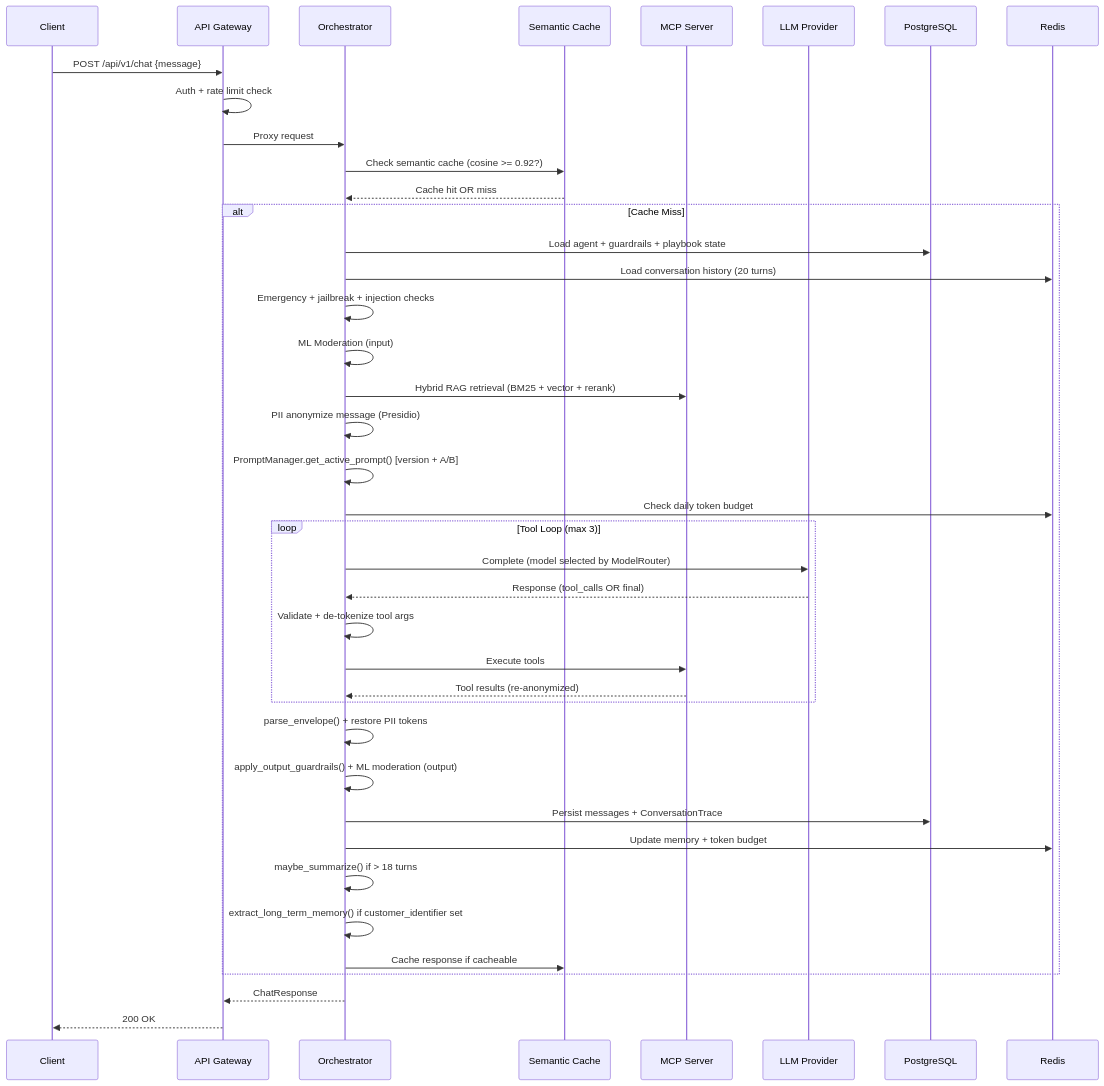
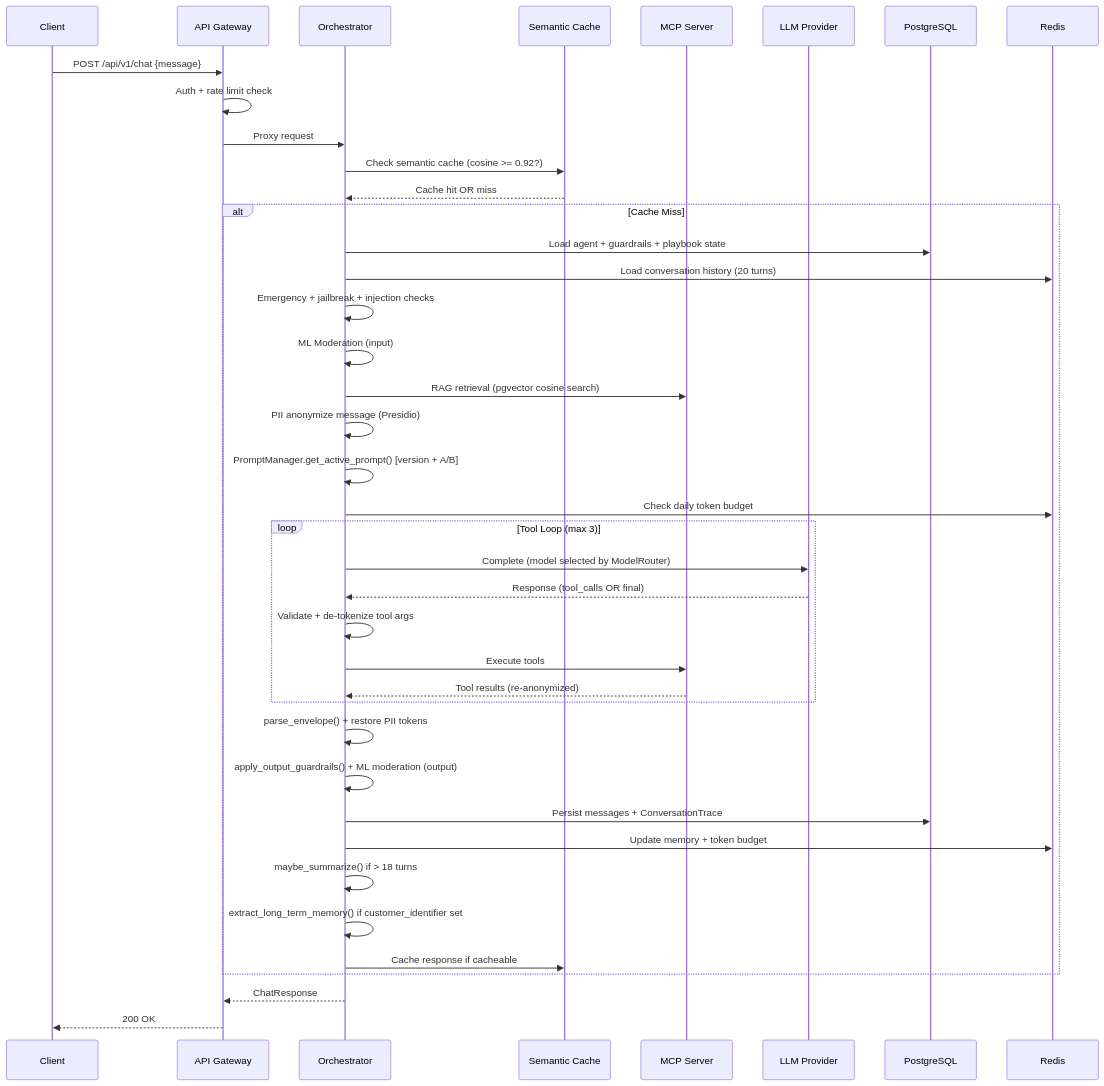
The third of 6 diagrams in docs/architecture.md (brahdian/AscenAI2), drawn with Mermaid before and after one commit. The commit also changed other lines of this file and 133 other files, not shown here.

Commit message:
Refactor PII to Natural Pseudo-Values, fix streaming de-redaction, and finalize billing monetization flow (clean commit)

````diff
--- a/docs/architecture.md
+++ b/docs/architecture.md
@@ -145,48 +143,48 @@
 ```mermaid
 sequenceDiagram
   participant C as Client
   participant GW as API Gateway
   participant OR as Orchestrator
   participant SC as Semantic Cache
   participant MCP as MCP Server
   participant LLM as LLM Provider
   participant DB as PostgreSQL
   participant RD as Redis
 
   C->>GW: POST /api/v1/chat {message}
   GW->>GW: Auth + rate limit check
   GW->>OR: Proxy request
 
   OR->>SC: Check semantic cache (cosine >= 0.92?)
   SC-->>OR: Cache hit OR miss
 
   alt Cache Miss
     OR->>DB: Load agent + guardrails + playbook state
     OR->>RD: Load conversation history (20 turns)
     OR->>OR: Emergency + jailbreak + injection checks
     OR->>OR: ML Moderation (input)
-    OR->>MCP: Hybrid RAG retrieval (BM25 + vector + rerank)
+    OR->>MCP: RAG retrieval (pgvector cosine search)
     OR->>OR: PII anonymize message (Presidio)
     OR->>OR: PromptManager.get_active_prompt() [version + A/B]
     OR->>RD: Check daily token budget
 
     loop Tool Loop (max 3)
       OR->>LLM: Complete (model selected by ModelRouter)
       LLM-->>OR: Response (tool_calls OR final)
       OR->>OR: Validate + de-tokenize tool args
       OR->>MCP: Execute tools
       MCP-->>OR: Tool results (re-anonymized)
     end
 
     OR->>OR: parse_envelope() + restore PII tokens
     OR->>OR: apply_output_guardrails() + ML moderation (output)
     OR->>DB: Persist messages + ConversationTrace
     OR->>RD: Update memory + token budget
     OR->>OR: maybe_summarize() if > 18 turns
     OR->>OR: extract_long_term_memory() if customer_identifier set
     OR->>SC: Cache response if cacheable
   end
 
   OR-->>GW: ChatResponse
   GW-->>C: 200 OK
 ```
````
